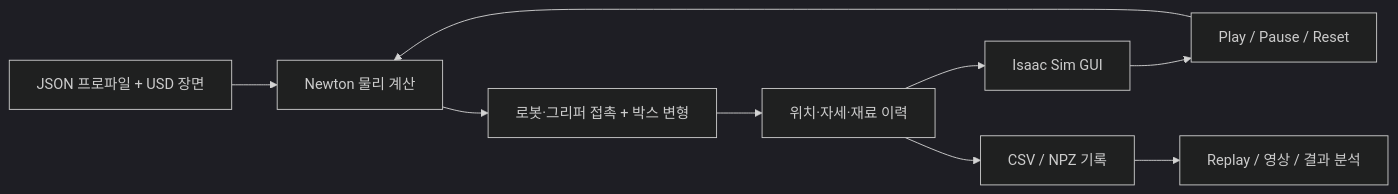
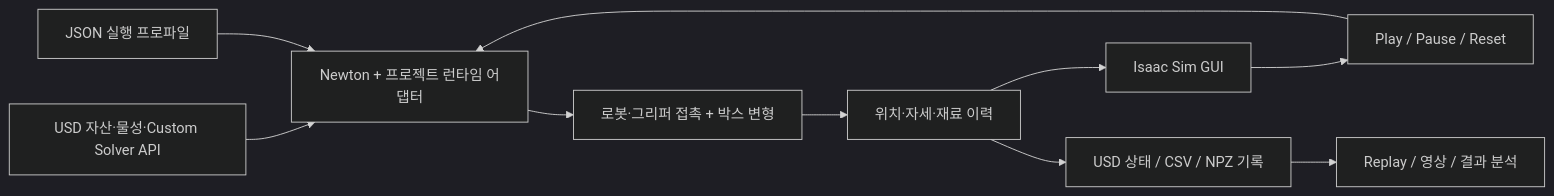
One commit to nv-jonghwan/NewtonVBD_CardboardPlasticity changed the diagram in README.md. Above: the diagram before and after it, drawn with Mermaid (dark theme). The commit also changed other lines of this file and 23 other files, not shown here.

First line of the commit message:
Fix close-up rendering and make cardboard solver USD-driven

````diff
--- a/README.md
+++ b/README.md
@@ -55,11 +56,12 @@
 ```mermaid
 flowchart LR
-    A[JSON 프로파일 + USD 장면] --> B[Newton 물리 계산]
+    A[USD 자산·물성·Custom Solver API] --> B[Newton + 프로젝트 런타임 어댑터]
     B --> C[로봇·그리퍼 접촉 + 박스 변형]
     C --> D[위치·자세·재료 이력]
     D --> E[Isaac Sim GUI]
     E --> F[Play / Pause / Reset]
     F --> B
-    D --> G[CSV / NPZ 기록]
+    D --> G[USD 상태 / CSV / NPZ 기록]
     G --> H[Replay / 영상 / 결과 분석]
+    P[JSON 실행 프로파일] --> B
 ```
````
